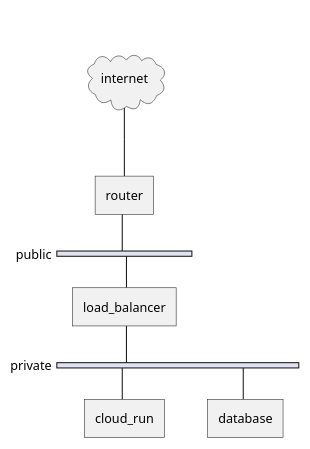
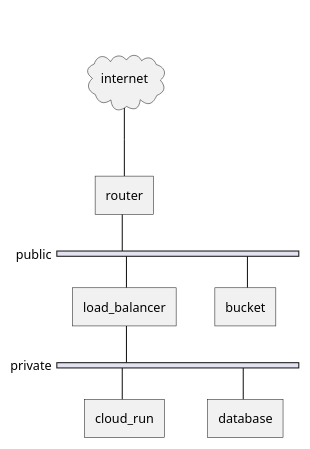
The diagram in backend/docs/infra/network.puml (ijufumi/google-vision-sample), drawn with PlantUML before and after one commit.

Commit message:
Modified infra diagram

```diff
--- a/backend/docs/infra/network.puml
+++ b/backend/docs/infra/network.puml
@@ -1,18 +1,19 @@
 @startuml
 nwdiag {
     internet [ shape = cloud ]
     router
     internet -- router
 
     network public {
         router;
         load_balancer;
+        bucket;
     }
 
     network private {
         load_balancer;  
         cloud_run;      
         database;
     }
 }
 @enduml
```
